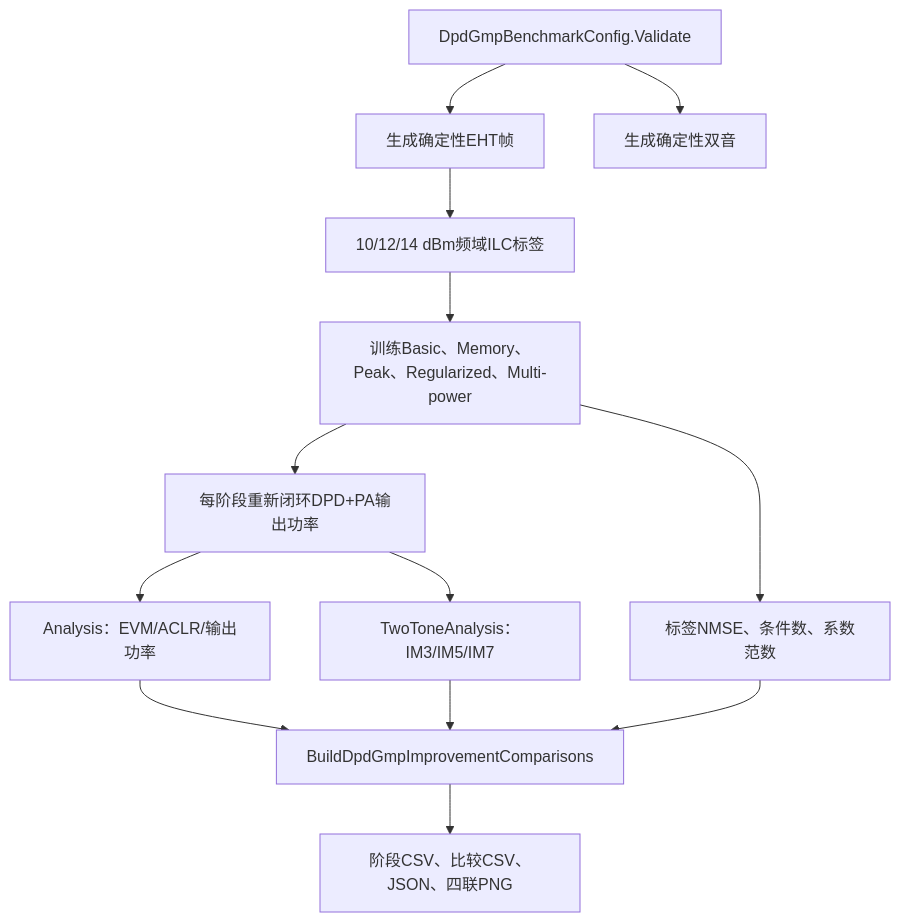
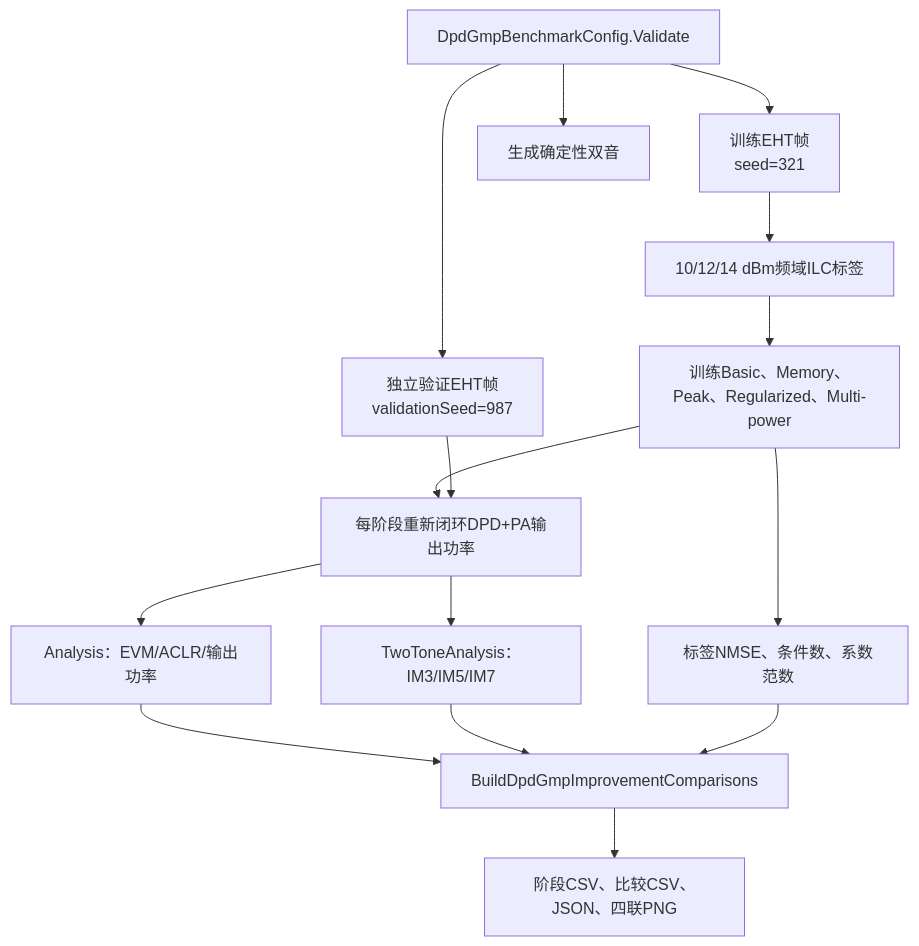
Before and after one commit to niyilu45/DPD_ILC: the eighth of 11 diagrams in doc/BenchMark.md, drawn with Mermaid. The commit also changed other lines of this file and 19 other files, not shown here.

````diff
--- a/doc/BenchMark.md
+++ b/doc/BenchMark.md
@@ -1977,15 +1978,17 @@
 ```mermaid
 flowchart TD
-    config["DpdGmpBenchmarkConfig.Validate"] --> wifi["生成确定性EHT帧"]
+    config["DpdGmpBenchmarkConfig.Validate"] --> trainingWifi["训练EHT帧<br/>seed=321"]
+    config --> validationWifi["独立验证EHT帧<br/>validationSeed=987"]
     config --> tone["生成确定性双音"]
-    wifi --> labels["10/12/14 dBm频域ILC标签"]
+    trainingWifi --> labels["10/12/14 dBm频域ILC标签"]
     labels --> models["训练Basic、Memory、Peak、Regularized、Multi-power"]
     models --> calibrate["每阶段重新闭环DPD+PA输出功率"]
+    validationWifi --> calibrate
     calibrate --> wifiMetrics["Analysis：EVM/ACLR/输出功率"]
     calibrate --> toneMetrics["TwoToneAnalysis：IM3/IM5/IM7"]
     models --> fitMetrics["标签NMSE、条件数、系数范数"]
     wifiMetrics --> compare["BuildDpdGmpImprovementComparisons"]
     toneMetrics --> compare
     fitMetrics --> compare
     compare --> files["阶段CSV、比较CSV、JSON、四联PNG"]
 ```
````
